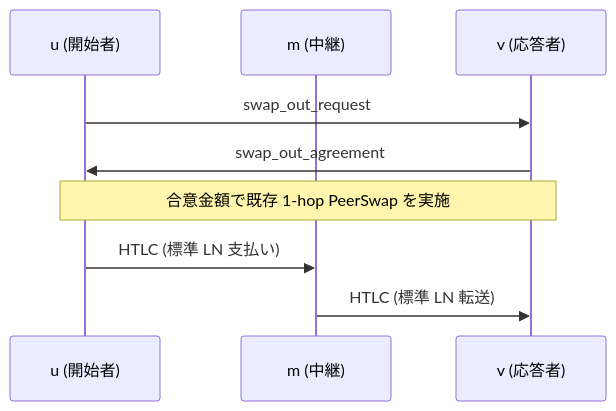
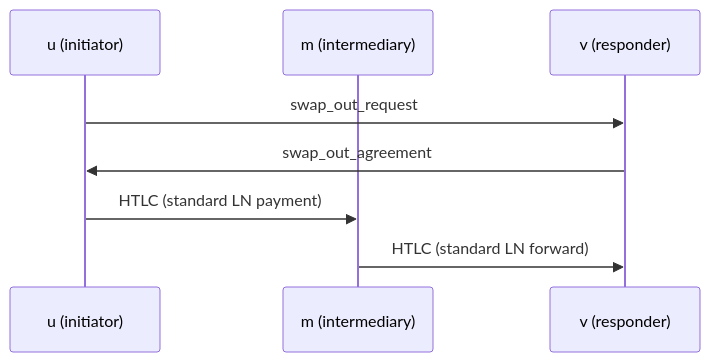
The second of 2 diagrams in content/posts/2hoppeerswap.md (YusukeShimizu/blog), drawn with Mermaid before and after one commit. The commit also changed other lines of this file and 1 other file, not shown here.

First line of the commit message:
Update agents guidelines and enhance 2hop peerswap documentation

````diff
--- a/content/posts/2hoppeerswap.md
+++ b/content/posts/2hoppeerswap.md
@@ -375,13 +81,12 @@
 ```mermaid
 sequenceDiagram
-    participant u as u (開始者)
-    participant m as m (中継)
-    participant v as v (応答者)
+    participant u as u (initiator)
+    participant m as m (intermediary)
+    participant v as v (responder)
 
     u->>v: swap_out_request
     v->>u: swap_out_agreement
-    note over u,v: 合意金額で既存 1-hop PeerSwap を実施
 
-    u->>m: HTLC (標準 LN 支払い)
-    m->>v: HTLC (標準 LN 転送)
+    u->>m: HTLC (standard LN payment)
+    m->>v: HTLC (standard LN forward)
 ```
````
